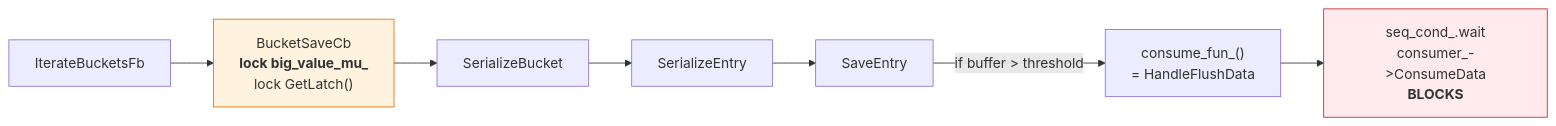
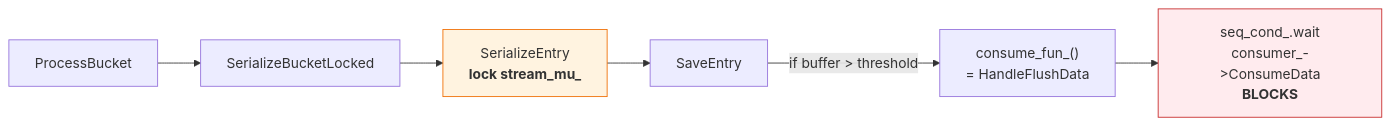
One commit to dragonflydb/dragonfly changed the second of 5 diagrams in docs/shard-serialization.md. Above: the diagram before and after it, drawn with Mermaid. The commit also changed other lines of this file, not shown here.

````diff
--- a/docs/shard-serialization.md
+++ b/docs/shard-serialization.md
@@ -385,14 +315,13 @@
 ```mermaid
 flowchart LR
-  A[IterateBucketsFb] --> B["BucketSaveCb<br/><b>lock big_value_mu_</b><br/>lock GetLatch()"]
-  B --> C[SerializeBucket]
-  C --> D[SerializeEntry]
-  D --> E[SaveEntry]
-  E -->|"if buffer > threshold"| F["consume_fun_()<br/>= HandleFlushData"]
-  F --> G["seq_cond_.wait<br/>consumer_->ConsumeData<br/><b>BLOCKS</b>"]
+  A[ProcessBucket] --> B["SerializeBucketLocked"]
+  B --> C["SerializeEntry<br/><b>lock stream_mu_</b>"]
+  C --> D[SaveEntry]
+  D -->|"if buffer > threshold"| E["consume_fun_()<br/>= HandleFlushData"]
+  E --> F["seq_cond_.wait<br/>consumer_->ConsumeData<br/><b>BLOCKS</b>"]
 
   classDef lock fill:#FFF3E0,stroke:#EF6C00;
   classDef block fill:#FFEBEE,stroke:#C62828;
-  class B lock;
-  class G block;
+  class C lock;
+  class F block;
 ```
````
